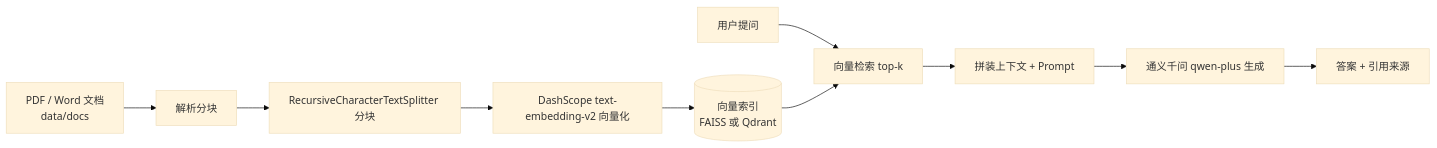
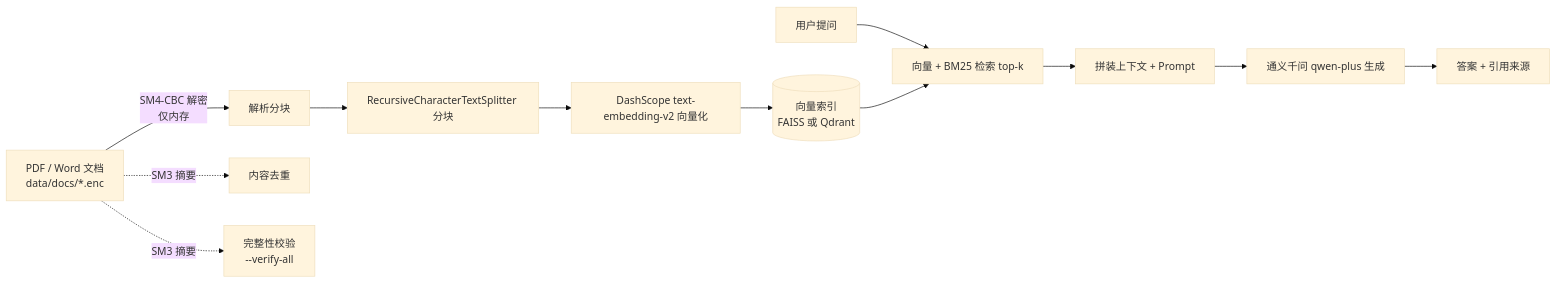
Before and after one commit to xyy-xyy-xyy/enterprise-kb-rag: the diagram in README.md, drawn with Mermaid (base theme). The commit also changed other lines of this file and 10 other files, not shown here.

````diff
--- a/README.md
+++ b/README.md
@@ -60,12 +66,15 @@
 ```mermaid
 flowchart LR
-    A[PDF / Word 文档<br/>data/docs] --> B[解析分块]
+    A["PDF / Word 文档<br/>data/docs/*.enc"] -->|SM4-CBC 解密<br/>仅内存| B[解析分块]
     B --> C[RecursiveCharacterTextSplitter 分块]
     C --> D[DashScope text-embedding-v2 向量化]
     D --> E[(向量索引<br/>FAISS 或 Qdrant)]
-    F[用户提问] --> G[向量检索 top-k]
+    F[用户提问] --> G[向量 + BM25 检索 top-k]
     E --> G
     G --> H[拼装上下文 + Prompt]
     H --> I[通义千问 qwen-plus 生成]
     I --> J[答案 + 引用来源]
+
+    A -.->|SM3 摘要| K[内容去重]
+    A -.->|SM3 摘要| L[完整性校验<br/>--verify-all]
 ```
````
